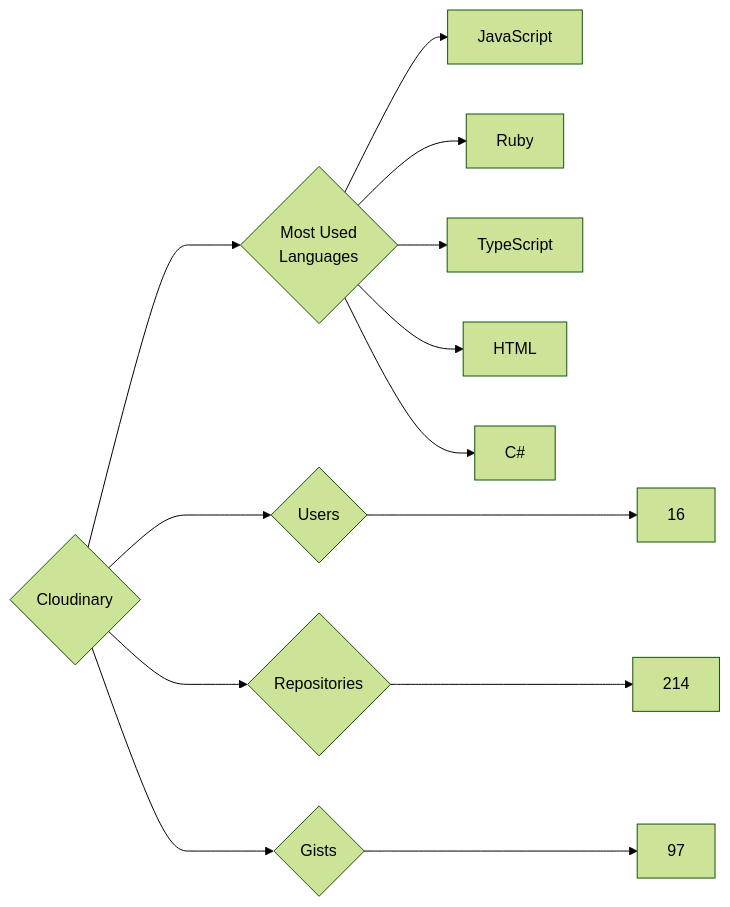
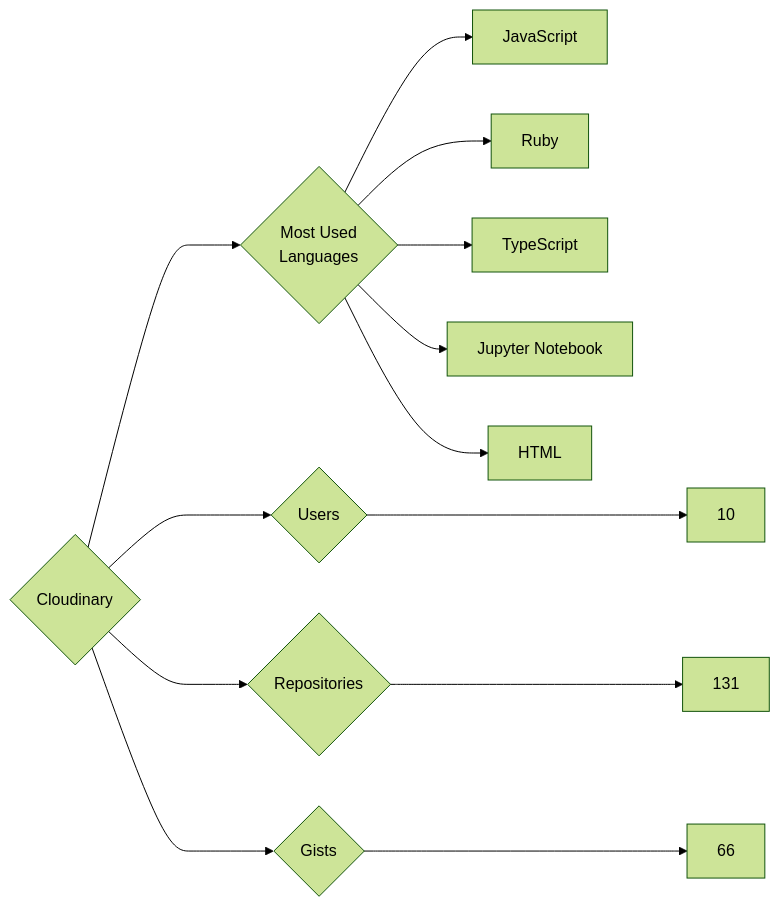
One commit to trickest/insiders changed the diagram in targets/Cloudinary/README.md. Above: the diagram before and after it, drawn with Mermaid (forest theme). The commit also changed 944 other files, not shown here.

````diff
--- a/targets/Cloudinary/README.md
+++ b/targets/Cloudinary/README.md
@@ -3,13 +3,13 @@
 ```mermaid
 graph LR
 COMPANY_NAME{Cloudinary}
-COMPANY_NAME ---> U{Users} ---> UN[16]
-COMPANY_NAME ---> R{Repositories} ---> RN[214]
-COMPANY_NAME ---> G{Gists} ---> GN[97]
+COMPANY_NAME ---> U{Users} ---> UN[10]
+COMPANY_NAME ---> R{Repositories} ---> RN[131]
+COMPANY_NAME ---> G{Gists} ---> GN[66]
 COMPANY_NAME ---> ML{Most Used<br>Languages}
 ML --> JavaScript[JavaScript]
 ML --> Ruby[Ruby]
 ML --> TypeScript[TypeScript]
+ML --> Jupyter_Notebook[Jupyter Notebook]
 ML --> HTML[HTML]
-ML --> C#[C#]
 ```
````
